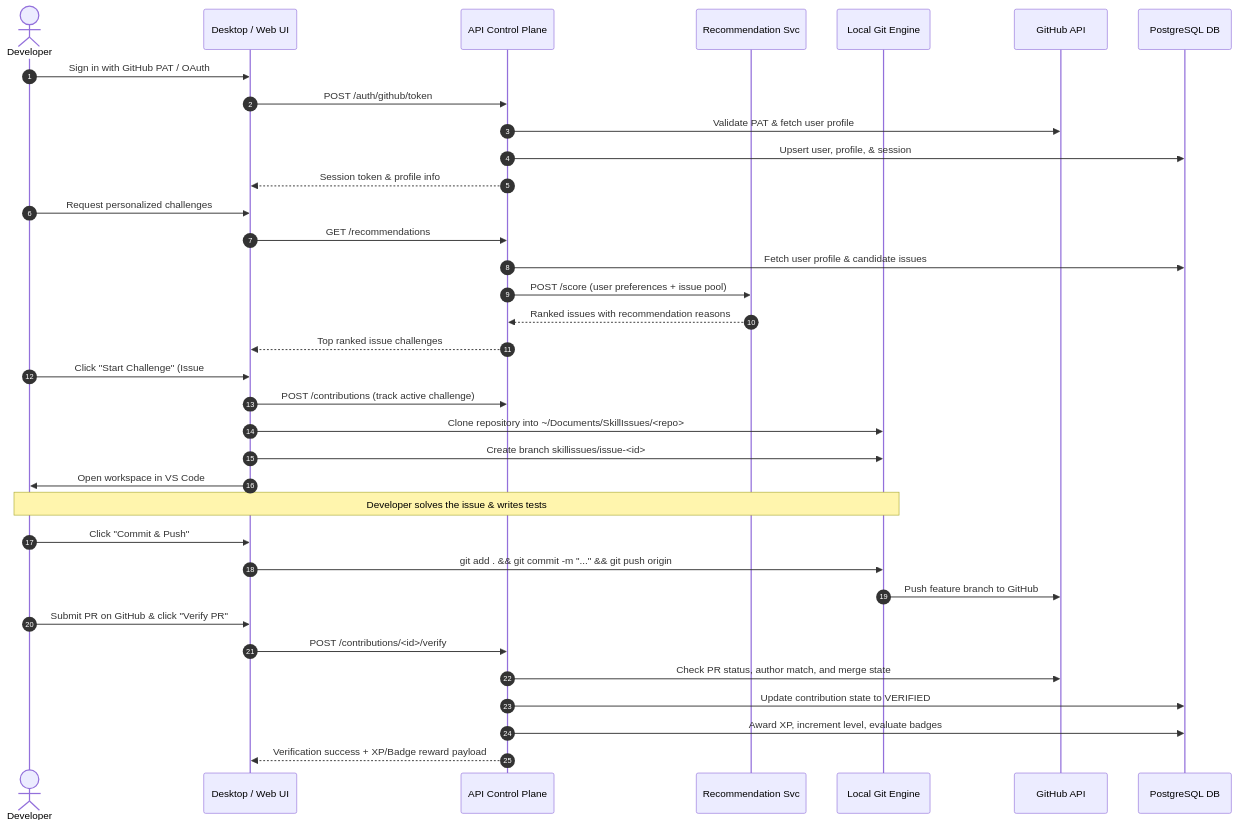
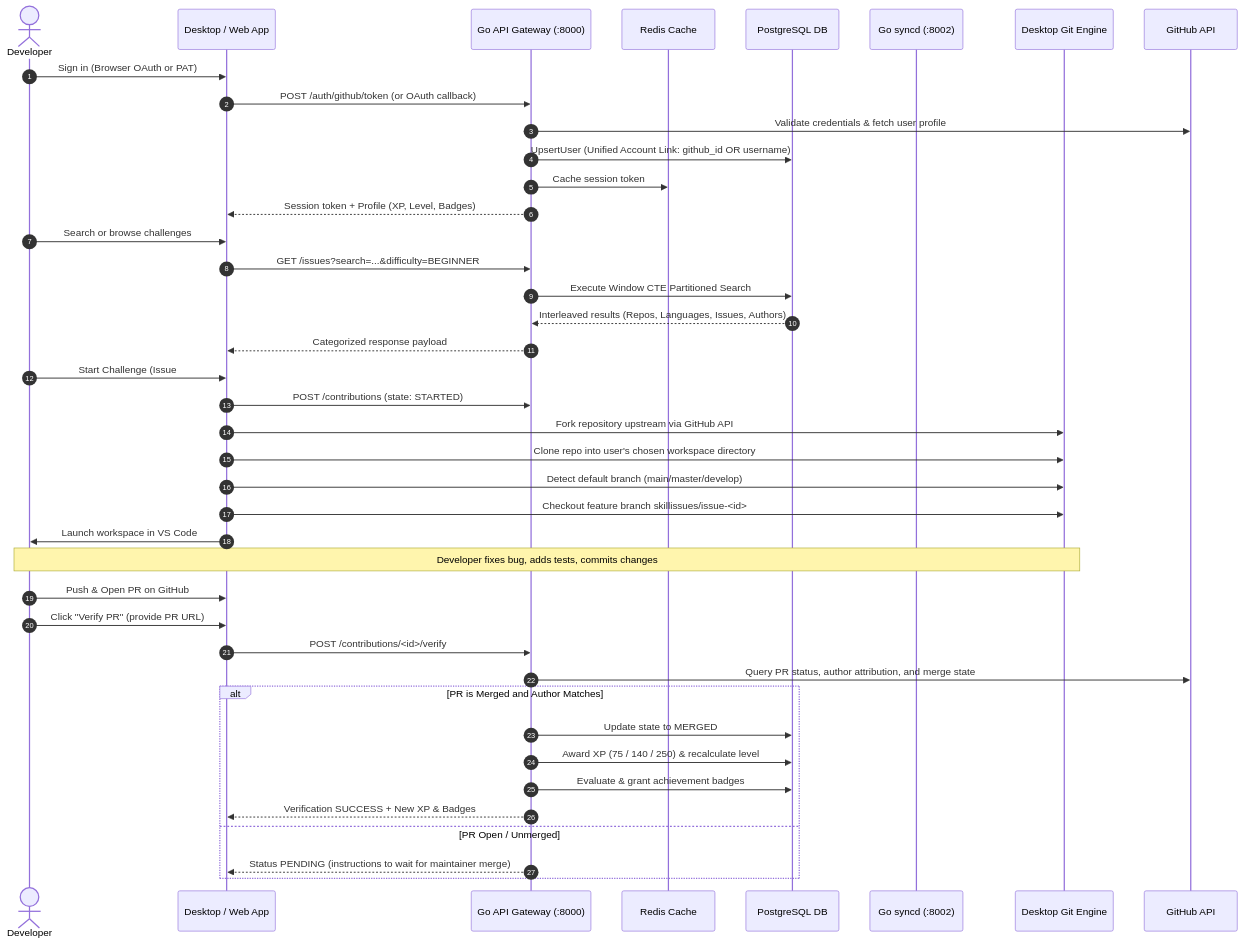
One commit to dizziedbliss/SkillIssues changed the second of 2 diagrams in ARCHITECTURE.md. Above: the diagram before and after it, drawn with Mermaid. The commit also changed other lines of this file and 1 other file, not shown here.

Commit message:
docs: overhaul ARCHITECTURE.md, CONTRIBUTING.md, and DEPLOYMENT.md for pure Go stack, Kubernetes, and developer workflows

````diff
--- a/ARCHITECTURE.md
+++ b/ARCHITECTURE.md
@@ -59,43 +67,48 @@
 ```mermaid
 sequenceDiagram
     autonumber
-    actor User as Developer
-    participant UI as Desktop / Web UI
-    participant API as API Control Plane
-    participant Rec as Recommendation Svc
-    participant Git as Local Git Engine
+    actor Dev as Developer
+    participant UI as Desktop / Web App
+    participant API as Go API Gateway (:8000)
+    participant Redis as Redis Cache
+    participant DB as PostgreSQL DB
+    participant Syncd as Go syncd (:8002)
+    participant Git as Desktop Git Engine
     participant GH as GitHub API
-    participant DB as PostgreSQL DB
 
-    User->>UI: Sign in with GitHub PAT / OAuth
-    UI->>API: POST /auth/github/token
-    API->>GH: Validate PAT & fetch user profile
-    API->>DB: Upsert user, profile, & session
-    API-->>UI: Session token & profile info
+    Dev->>UI: Sign in (Browser OAuth or PAT)
+    UI->>API: POST /auth/github/token (or OAuth callback)
+    API->>GH: Validate credentials & fetch user profile
+    API->>DB: UpsertUser (Unified Account Link: github_id OR username)
+    API->>Redis: Cache session token
+    API-->>UI: Session token + Profile (XP, Level, Badges)
 
-    User->>UI: Request personalized challenges
-    UI->>API: GET /recommendations
-    API->>DB: Fetch user profile & candidate issues
-    API->>Rec: POST /score (user preferences + issue pool)
-    Rec-->>API: Ranked issues with recommendation reasons
-    API-->>UI: Top ranked issue challenges
+    Dev->>UI: Search or browse challenges
+    UI->>API: GET /issues?search=...&difficulty=BEGINNER
+    API->>DB: Execute Window CTE Partitioned Search
+    DB-->>API: Interleaved results (Repos, Languages, Issues, Authors)
+    API-->>UI: Categorized response payload
 
-    User->>UI: Click "Start Challenge" (Issue #X)
-    UI->>API: POST /contributions (track active challenge)
-    UI->>Git: Clone repository into ~/Documents/SkillIssues/<repo>
-    UI->>Git: Create branch skillissues/issue-<id>
-    UI->>User: Open workspace in VS Code
+    Dev->>UI: Start Challenge (Issue #X)
+    UI->>API: POST /contributions (state: STARTED)
+    UI->>Git: Fork repository upstream via GitHub API
+    UI->>Git: Clone repo into user's chosen workspace directory
+    UI->>Git: Detect default branch (main/master/develop)
+    UI->>Git: Checkout feature branch skillissues/issue-<id>
+    UI->>Dev: Launch workspace in VS Code
 
-    Note over User,Git: Developer solves the issue & writes tests
+    Note over Dev,Git: Developer fixes bug, adds tests, commits changes
 
-    User->>UI: Click "Commit & Push"
-    UI->>Git: git add . && git commit -m "..." && git push origin
-    Git->>GH: Push feature branch to GitHub
-
-    User->>UI: Submit PR on GitHub & click "Verify PR"
+    Dev->>UI: Push & Open PR on GitHub
+    Dev->>UI: Click "Verify PR" (provide PR URL)
     UI->>API: POST /contributions/<id>/verify
-    API->>GH: Check PR status, author match, and merge state
-    API->>DB: Update contribution state to VERIFIED
-    API->>DB: Award XP, increment level, evaluate badges
-    API-->>UI: Verification success + XP/Badge reward payload
+    API->>GH: Query PR status, author attribution, and merge state
+    alt PR is Merged and Author Matches
+        API->>DB: Update state to MERGED
+        API->>DB: Award XP (75 / 140 / 250) & recalculate level
+        API->>DB: Evaluate & grant achievement badges
+        API-->>UI: Verification SUCCESS + New XP & Badges
+    else PR Open / Unmerged
+        API-->>UI: Status PENDING (instructions to wait for maintainer merge)
+    end
 ```
````
